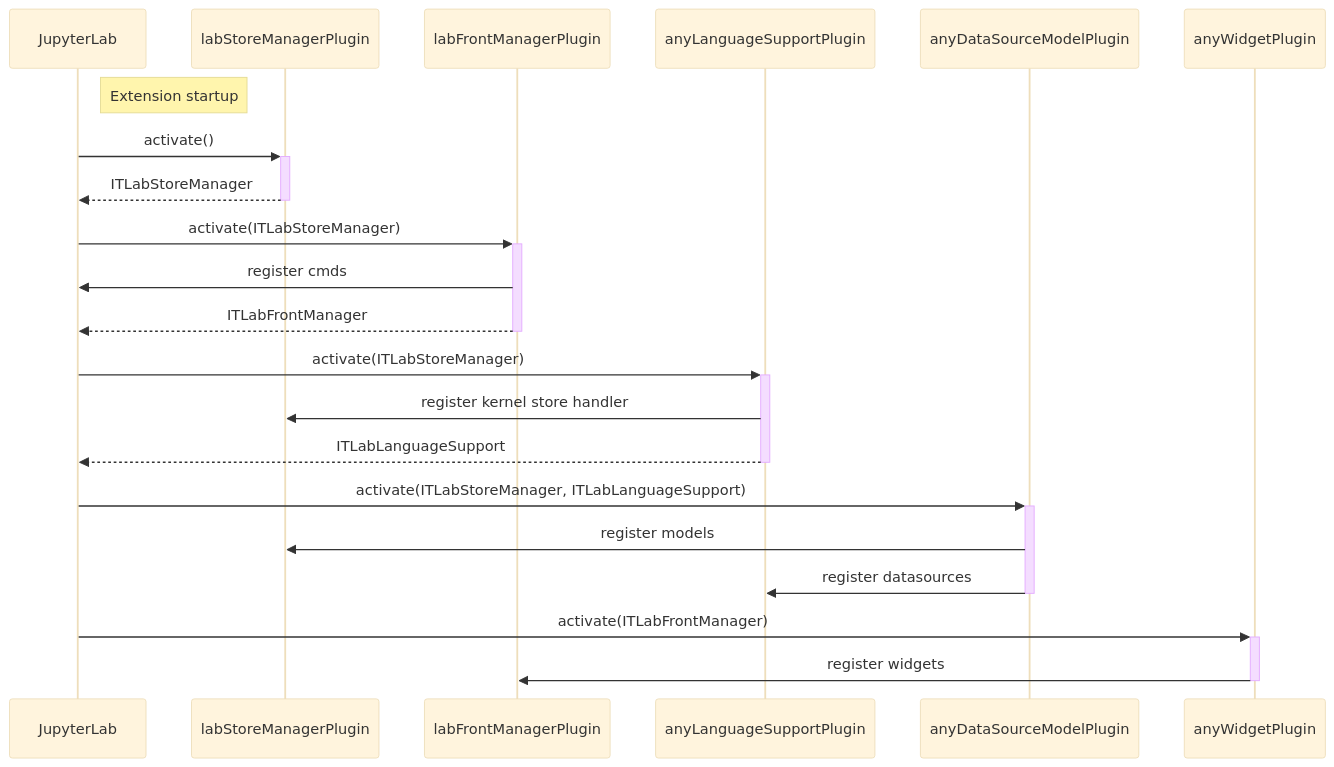
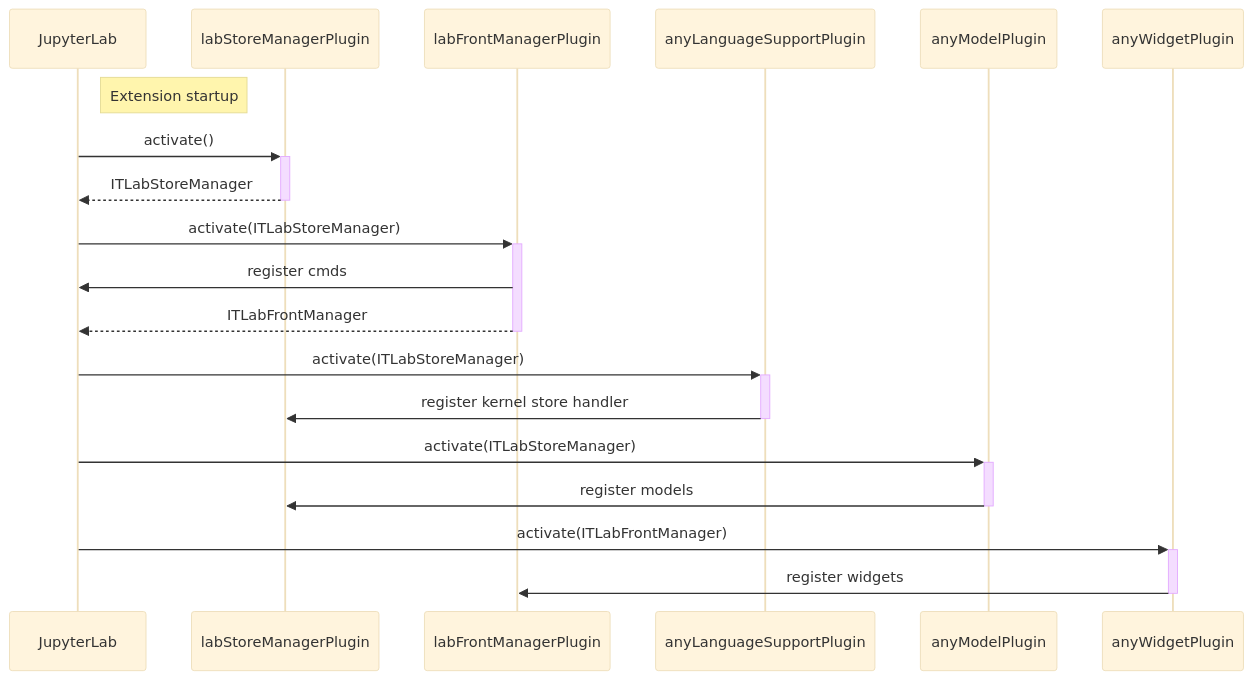
One commit to twiinIT/tlab changed the third of 7 diagrams in docs/architecture.md. Above: the diagram before and after it, drawn with Mermaid (base theme). The commit also changed other lines of this file and 22 other files, not shown here.

````diff
--- a/docs/architecture.md
+++ b/docs/architecture.md
@@ -59,17 +94,15 @@
 ```mermaid
 sequenceDiagram
     note right of JupyterLab : Extension startup
     JupyterLab ->>+ labStoreManagerPlugin : activate()
     labStoreManagerPlugin -->>- JupyterLab : ITLabStoreManager
     JupyterLab ->>+ labFrontManagerPlugin : activate(ITLabStoreManager)
     labFrontManagerPlugin ->> JupyterLab : register cmds
     labFrontManagerPlugin -->>- JupyterLab : ITLabFrontManager
     JupyterLab ->>+ anyLanguageSupportPlugin: activate(ITLabStoreManager)
-    anyLanguageSupportPlugin ->> labStoreManagerPlugin : register kernel store handler
-    anyLanguageSupportPlugin -->>- JupyterLab : ITLabLanguageSupport
-    JupyterLab ->>+ anyDataSourceModelPlugin : activate(ITLabStoreManager, ITLabLanguageSupport)
-    anyDataSourceModelPlugin ->> labStoreManagerPlugin : register models
-    anyDataSourceModelPlugin ->>- anyLanguageSupportPlugin : register datasources
+    anyLanguageSupportPlugin ->>- labStoreManagerPlugin : register kernel store handler
+    JupyterLab ->>+ anyModelPlugin : activate(ITLabStoreManager)
+    anyModelPlugin ->>- labStoreManagerPlugin : register models
     JupyterLab ->>+ anyWidgetPlugin : activate(ITLabFrontManager)
     anyWidgetPlugin ->>- labFrontManagerPlugin : register widgets
 ```
````
